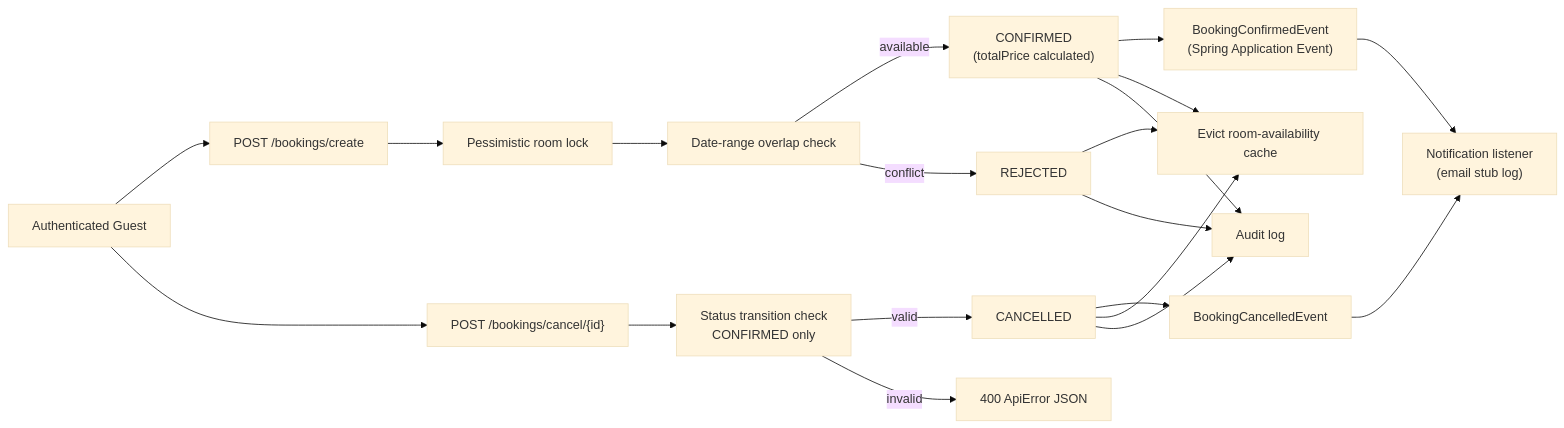
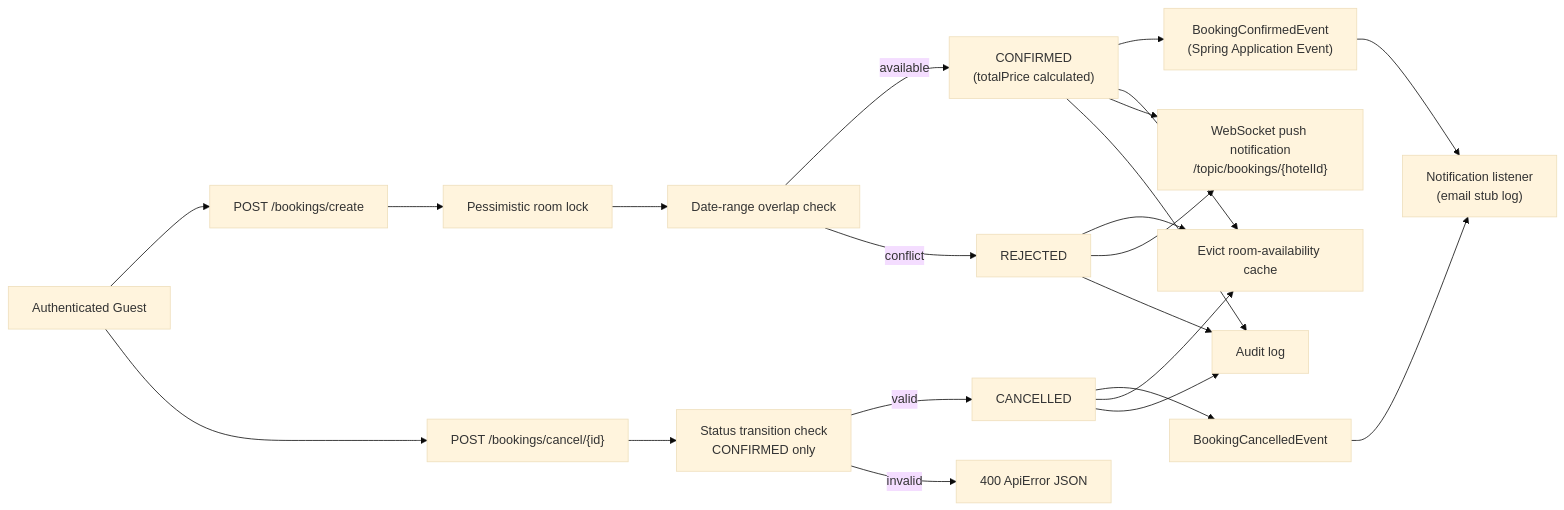
Before and after one commit to byte2code/hotel-management-api: the second of 4 diagrams in README.md, drawn with Mermaid (base theme). The commit also changed other lines of this file and 7 other files, not shown here.

````diff
--- a/README.md
+++ b/README.md
@@ -358,27 +369,29 @@
 ```mermaid
 flowchart LR
     Guest["Authenticated Guest"] --> Create["POST /bookings/create"]
     Guest --> Cancel["POST /bookings/cancel/{id}"]
 
     Create --> RoomLock["Pessimistic room lock"]
     RoomLock --> Overlap["Date-range overlap check"]
     Overlap -->|available| Confirmed["CONFIRMED\n(totalPrice calculated)"]
     Overlap -->|conflict| Rejected["REJECTED"]
 
     Cancel --> StateCheck["Status transition check\nCONFIRMED only"]
     StateCheck -->|valid| Cancelled["CANCELLED"]
     StateCheck -->|invalid| Error["400 ApiError JSON"]
 
     Confirmed --> Event["BookingConfirmedEvent\n(Spring Application Event)"]
     Cancelled --> CancelEvent["BookingCancelledEvent"]
     Event --> Notification["Notification listener\n(email stub log)"]
     CancelEvent --> Notification
 
     Confirmed --> CacheEvict["Evict room-availability cache"]
+    Confirmed --> WsPush["WebSocket push notification\n/topic/bookings/{hotelId}"]
     Rejected --> CacheEvict
+    Rejected --> WsPush
     Cancelled --> CacheEvict
 
     Confirmed --> AuditLog["Audit log"]
     Rejected --> AuditLog
     Cancelled --> AuditLog
 ```
````
